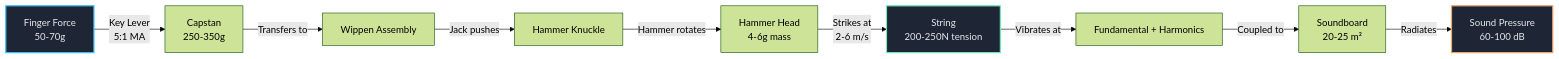
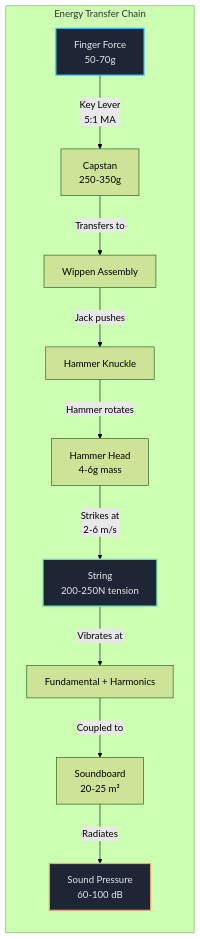
Before and after one commit to blebleblee/synapse: the first of 2 diagrams in topics/arts/music_performance/piano/lesson_01_hand_posture_and_keyboard_geometries.md, drawn with Mermaid (forest theme). The commit also changed other lines of this file and 4 other files, not shown here.

````diff
--- a/topics/arts/music_performance/piano/lesson_01_hand_posture_and_keyboard_geometries.md
+++ b/topics/arts/music_performance/piano/lesson_01_hand_posture_and_keyboard_geometries.md
@@ -29,15 +29,17 @@
 ```mermaid
 graph LR
-    A["Finger Force<br/>50-70g"] -->|"Key Lever<br/>5:1 MA"| B["Capstan<br/>250-350g"]
-    B -->|"Transfers to"| C["Wippen Assembly"]
-    C -->|"Jack pushes"| D["Hammer Knuckle"]
-    D -->|"Hammer rotates"| E["Hammer Head<br/>4-6g mass"]
-    E -->|"Strikes at<br/>2-6 m/s"| F["String<br/>200-250N tension"]
-    F -->|"Vibrates at"| G["Fundamental + Harmonics"]
-    G -->|"Coupled to"| H["Soundboard<br/>20-25 m²"]
-    H -->|"Radiates"| I["Sound Pressure<br/>60-100 dB"]
+    subgraph sub_energy ["Energy Transfer Chain"]
+        A["Finger Force<br/>50-70g"] -->|"Key Lever<br/>5:1 MA"| B["Capstan<br/>250-350g"]
+        B -->|"Transfers to"| C["Wippen Assembly"]
+        C -->|"Jack pushes"| D["Hammer Knuckle"]
+        D -->|"Hammer rotates"| E["Hammer Head<br/>4-6g mass"]
+        E -->|"Strikes at<br/>2-6 m/s"| F["String<br/>200-250N tension"]
+        F -->|"Vibrates at"| G["Fundamental + Harmonics"]
+        G -->|"Coupled to"| H["Soundboard<br/>20-25 m²"]
+        H -->|"Radiates"| I["Sound Pressure<br/>60-100 dB"]
+    end
     
     style A fill:#1E2636,stroke:#38BDF8,stroke-width:2px,color:#E5E7EB
     style F fill:#1E2636,stroke:#6EE7B7,stroke-width:2px,color:#E5E7EB
     style I fill:#1E2636,stroke:#E9A568,stroke-width:2px,color:#E5E7EB
 ```
````
